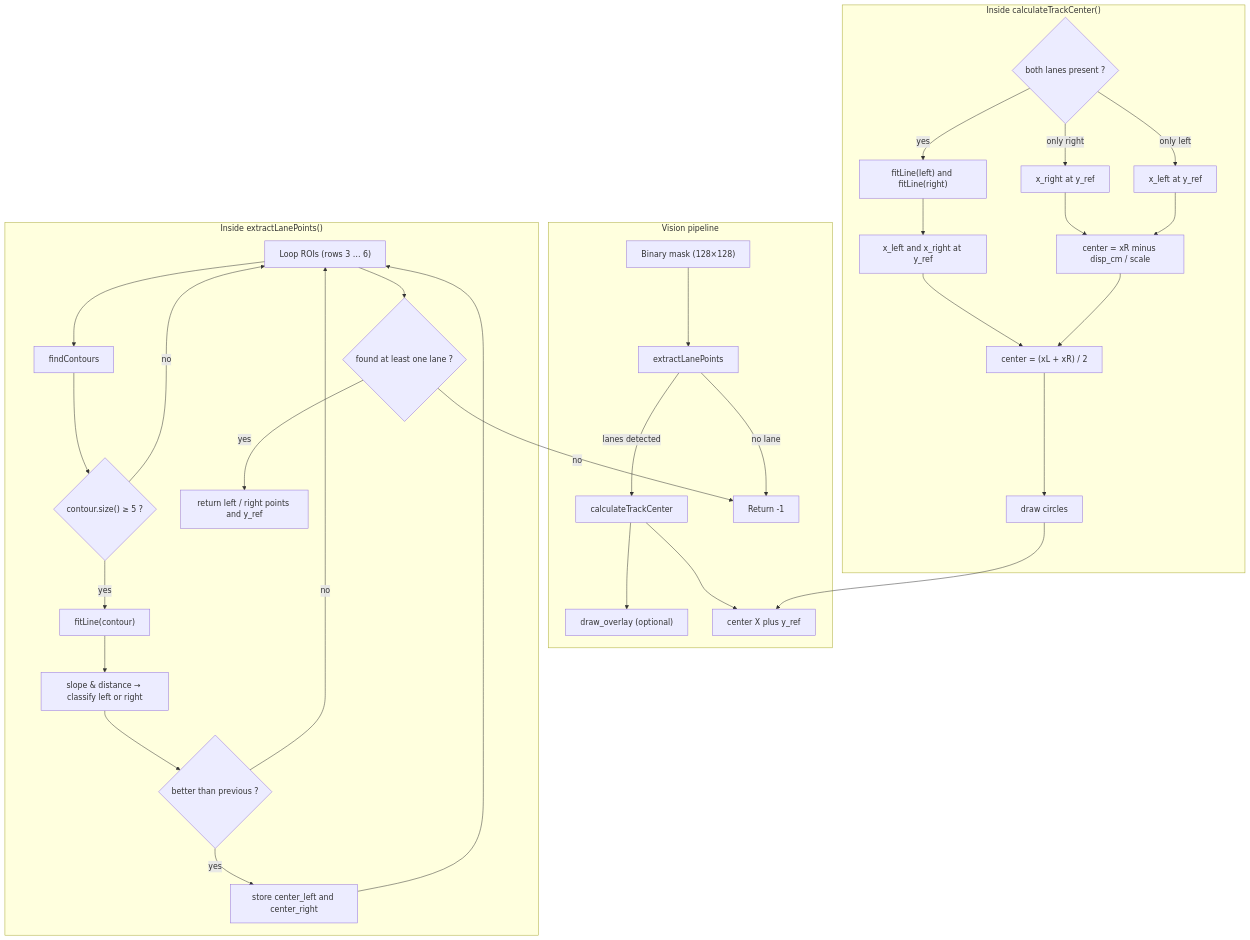
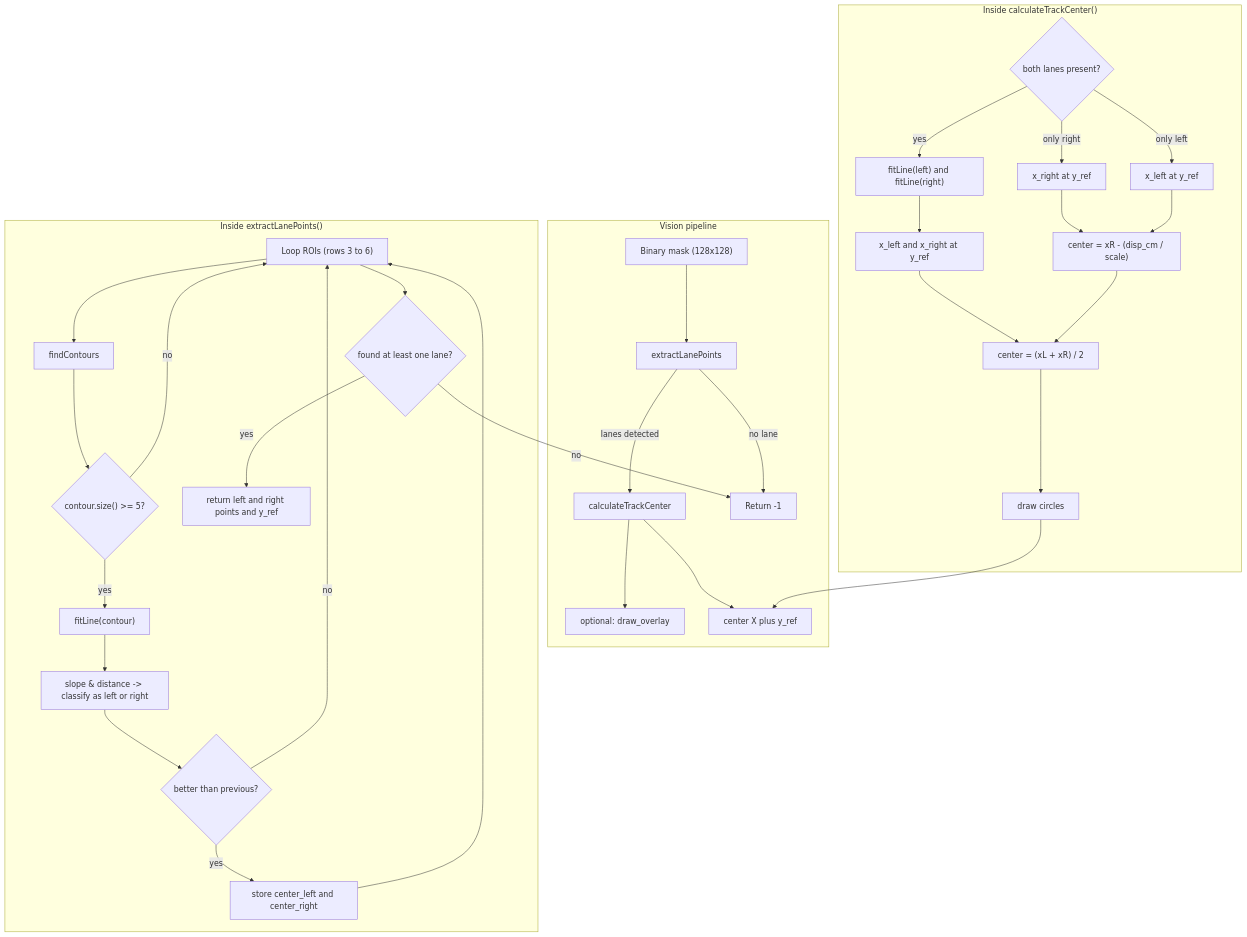
Before and after one commit to SEAME-pt/ObjectDetectionAvoidance: the diagram in pid_control/docs/docs_computer_vision_module.md, drawn with Mermaid. The commit also changed 2 other files, not shown here.

Commit message:
(Improvement) Mermaid Guide Added

````diff
--- a/pid_control/docs/docs_computer_vision_module.md
+++ b/pid_control/docs/docs_computer_vision_module.md
@@ -158,42 +158,42 @@
 ```mermaid
 graph TD
     %% ===== TOP-LEVEL PIPELINE =====
     subgraph Pipeline ["Vision pipeline"]
-        A["Binary mask (128×128)"] --> B["extractLanePoints"]
+        A["Binary mask (128x128)"] --> B["extractLanePoints"]
         B -->|"lanes detected"| C["calculateTrackCenter"]
         B -->|"no lane"| Z["Return -1"]
-        C --> D["draw_overlay (optional)"]
+        C --> D["optional: draw_overlay"]
         C --> E["center X plus y_ref"]
     end
 
     %% ===== extractLanePoints DETAILS =====
     subgraph B_details ["Inside extractLanePoints()"]
-        B1["Loop ROIs (rows 3 … 6)"] --> B2["findContours"]
-        B2 --> B3{"contour.size() ≥ 5 ?"}
+        B1["Loop ROIs (rows 3 to 6)"] --> B2["findContours"]
+        B2 --> B3{"contour.size() >= 5?"}
         B3 -- no  --> B1
         B3 -- yes --> B4["fitLine(contour)"]
-        B4 --> B5["slope & distance → classify left or right"]
-        B5 --> B6{"better than previous ?"}
+        B4 --> B5["slope & distance -> classify as left or right"]
+        B5 --> B6{"better than previous?"}
         B6 -- no  --> B1
         B6 -- yes --> B7["store center_left and center_right"]
         B7 --> B1
-        B1 --> B8{"found at least one lane ?"}
+        B1 --> B8{"found at least one lane?"}
         B8 -- no  --> Z
-        B8 -- yes --> B9["return left / right points and y_ref"]
+        B8 -- yes --> B9["return left and right points and y_ref"]
     end
 
     %% ===== calculateTrackCenter DETAILS =====
     subgraph C_details ["Inside calculateTrackCenter()"]
-        C1{"both lanes present ?"}
+        C1{"both lanes present?"}
         C1 -- yes        --> C2["fitLine(left) and fitLine(right)"]
         C2 --> C3["x_left and x_right at y_ref"]
-        C3 --> C7["center = (xL + xR) / 2"]
-        C1 -- only right --> C4["x_right at y_ref"]
-        C4 --> C5["center = xR minus disp_cm / scale"]
-        C1 -- only left  --> C6["x_left at y_ref"]
-        C6 --> C5
-        C5 --> C7
-        C7 --> C8["draw circles"]
+        C3 --> C4["center = (xL + xR) / 2"]
+        C1 -- only right --> C5["x_right at y_ref"]
+        C5 --> C6["center = xR - (disp_cm / scale)"]
+        C1 -- only left  --> C7["x_left at y_ref"]
+        C7 --> C6
+        C6 --> C4
+        C4 --> C8["draw circles"]
         C8 --> E
     end
 ```
````
